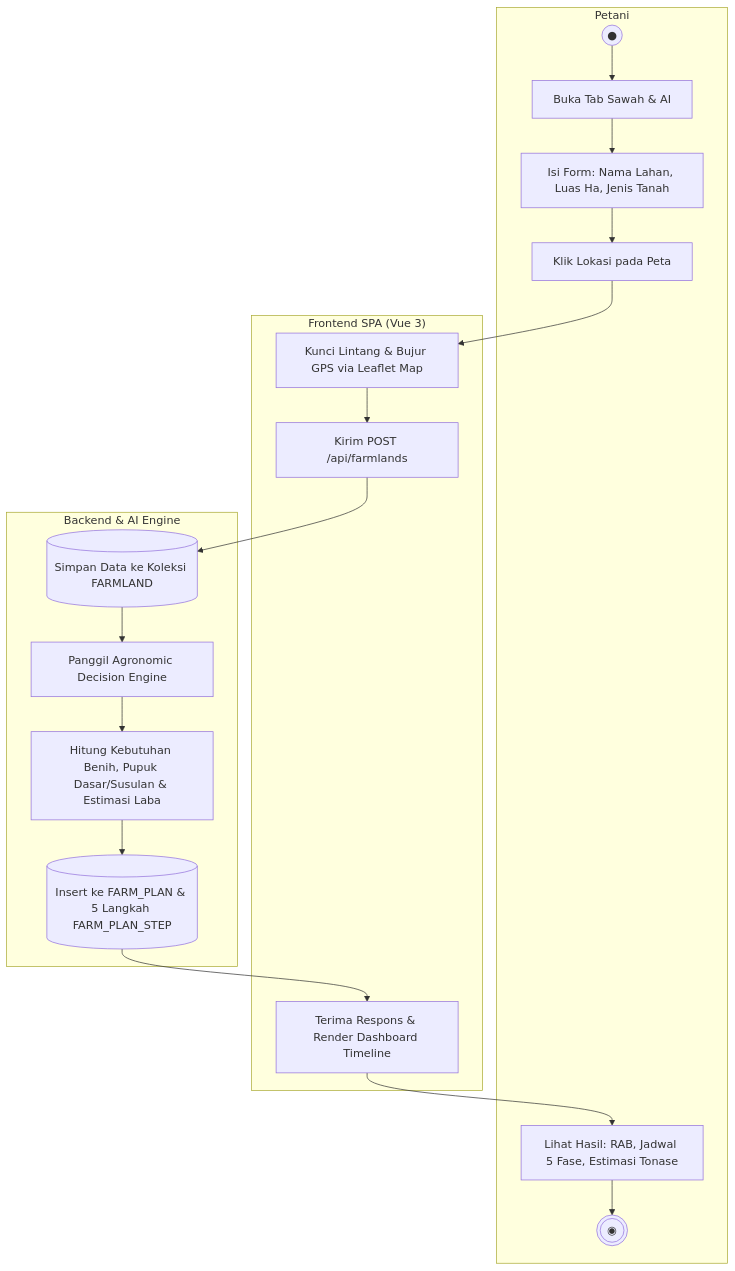
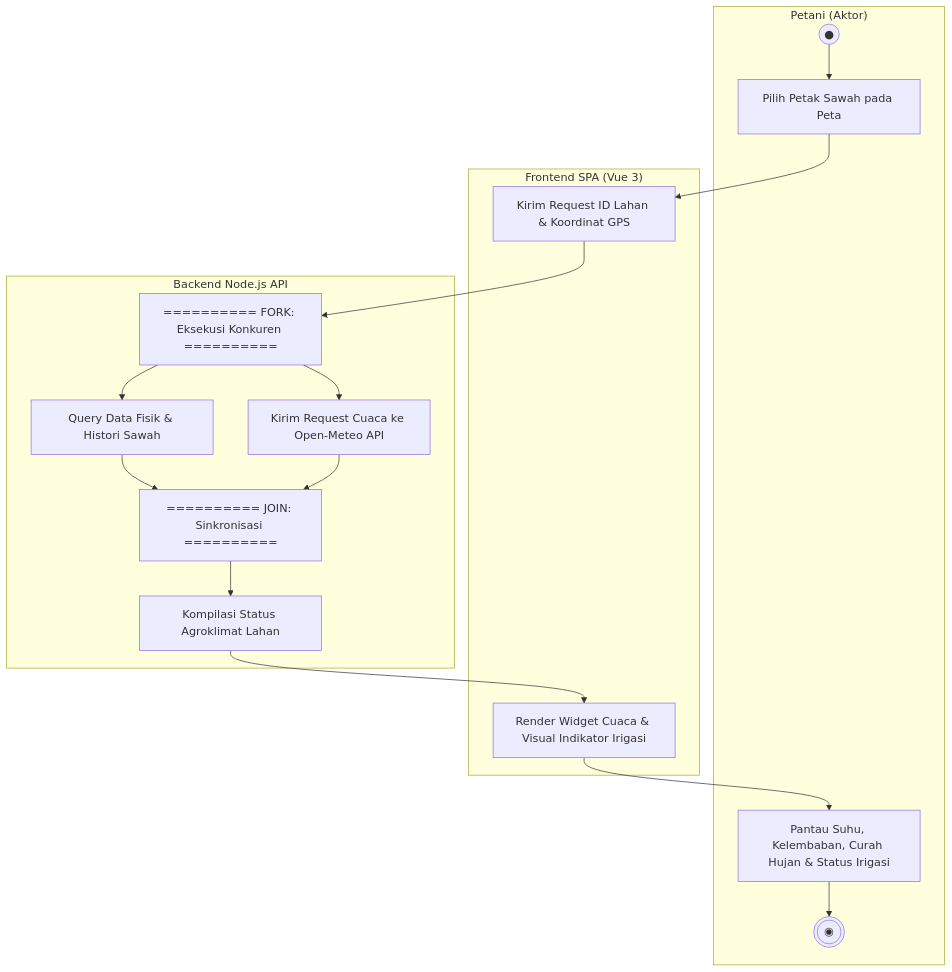
Before and after one commit to ombay86/agribuddy: the second of 6 diagrams in ACTIVITY_DIAGRAM_AgriBuddy.md, drawn with Mermaid. The commit also changed other lines of this file and 14 other files, not shown here.

Commit message:
docs: perbarui PRD, ERD, Use Case, Flowchart, dan Activity Diagram sesuai arsitektur Node.js & Gemini AI

````diff
--- a/ACTIVITY_DIAGRAM_AgriBuddy.md
+++ b/ACTIVITY_DIAGRAM_AgriBuddy.md
@@ -226,23 +192,22 @@
 ```mermaid
 flowchart TD
-    subgraph P_Petani["Petani"]
-        A1((●)) --> B1[Buka Tab Sawah & AI]
-        B1 --> C1[Isi Form: Nama Lahan, Luas Ha, Jenis Tanah]
-        C1 --> D1[Klik Lokasi pada Peta]
-        G1[Lihat Hasil: RAB, Jadwal 5 Fase, Estimasi Tonase] --> H1(((◉)))
+    subgraph P_Petani["Petani (Aktor)"]
+        A1((●)) --> B1[Pilih Petak Sawah pada Peta]
+        G1[Pantau Suhu, Kelembaban, Curah Hujan & Status Irigasi] --> H1(((◉)))
     end
 
     subgraph P_Frontend["Frontend SPA (Vue 3)"]
-        D1 --> E1[Kunci Lintang & Bujur GPS via Leaflet Map]
-        E1 --> F1[Kirim POST /api/farmlands]
-        L1[Terima Respons & Render Dashboard Timeline] --> G1
+        B1 --> C1[Kirim Request ID Lahan & Koordinat GPS]
+        F1[Render Widget Cuaca & Visual Indikator Irigasi] --> G1
     end
 
-    subgraph P_Backend["Backend & AI Engine"]
-        F1 --> I1[(Simpan Data ke Koleksi FARMLAND)]
-        I1 --> J1[Panggil Agronomic Decision Engine]
-        J1 --> K1[Hitung Kebutuhan Benih, Pupuk Dasar/Susulan & Estimasi Laba]
-        K1 --> M1[(Insert ke FARM_PLAN & 5 Langkah FARM_PLAN_STEP)]
-        M1 --> L1
+    subgraph P_Backend["Backend Node.js API"]
+        C1 --> ForkBar[========== FORK: Eksekusi Konkuren ==========]
+        ForkBar --> PathA[Query Data Fisik & Histori Sawah]
+        ForkBar --> PathB[Kirim Request Cuaca ke Open-Meteo API]
+        PathA --> JoinBar[========== JOIN: Sinkronisasi ==========]
+        PathB --> JoinBar
+        JoinBar --> E1[Kompilasi Status Agroklimat Lahan]
+        E1 --> F1
     end
 ```
````
